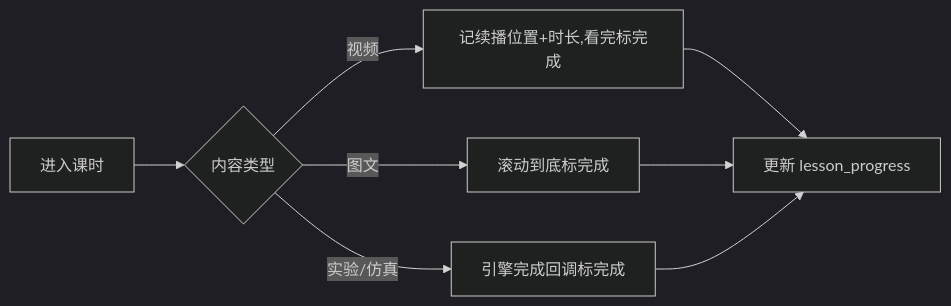
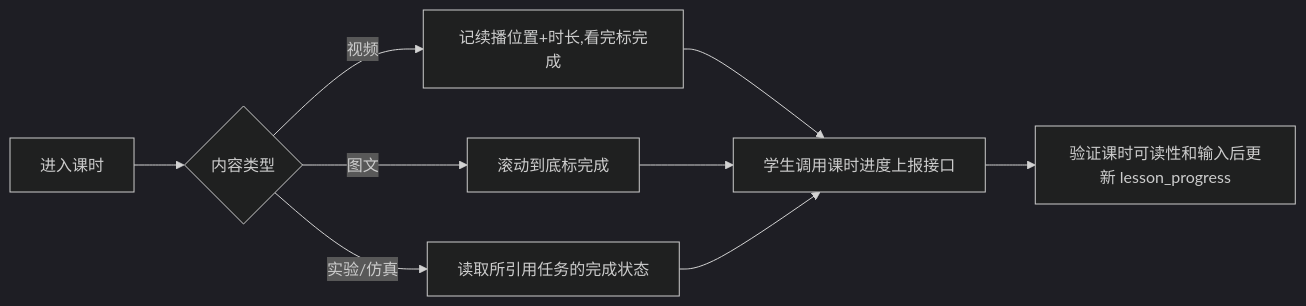
One commit to menghuishisan/CHAIMIR changed the seventh of 7 diagrams in docs/06-教学/05-业务流程与状态机.md. Above: the diagram before and after it, drawn with Mermaid (dark theme). The commit also changed other lines of this file and 340 other files, not shown here.

````diff
--- a/docs/06-教学/05-业务流程与状态机.md
+++ b/docs/06-教学/05-业务流程与状态机.md
@@ -138,10 +141,11 @@
 ```mermaid
 flowchart LR
     A[进入课时] --> B{内容类型}
     B -->|视频| C[记续播位置+时长,看完标完成]
     B -->|图文| D[滚动到底标完成]
-    B -->|实验/仿真| E[引擎完成回调标完成]
-    C --> F[更新 lesson_progress]
+    B -->|实验/仿真| E[读取所引用任务的完成状态]
+    C --> F[学生调用课时进度上报接口]
     D --> F
     E --> F
+    F --> G[验证课时可读性和输入后更新 lesson_progress]
 ```
````
